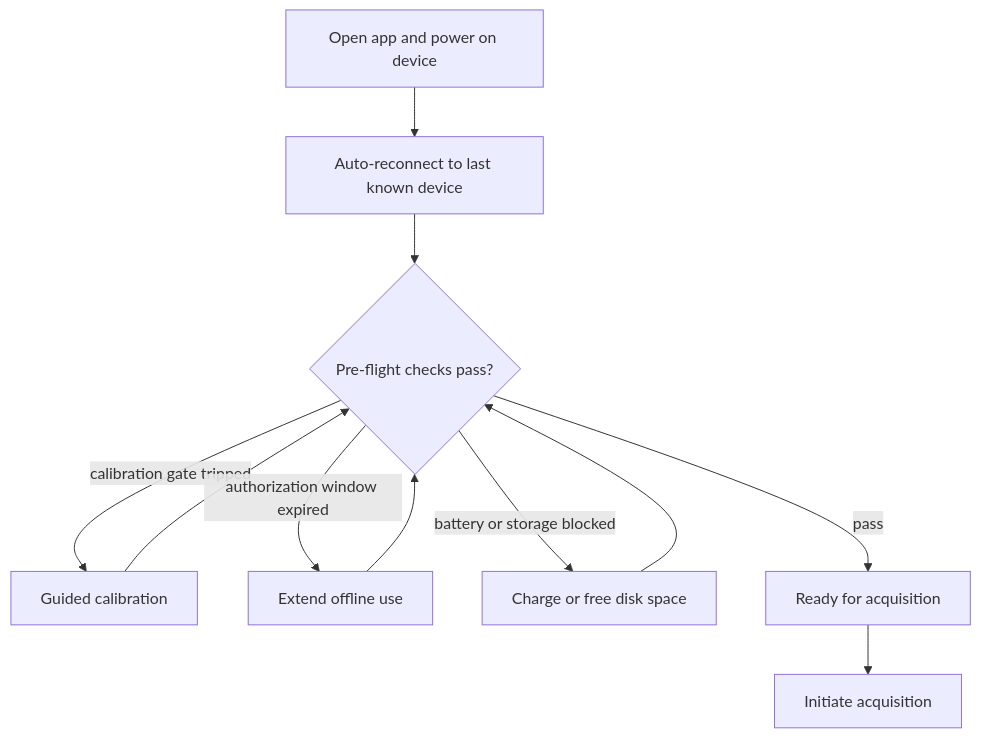
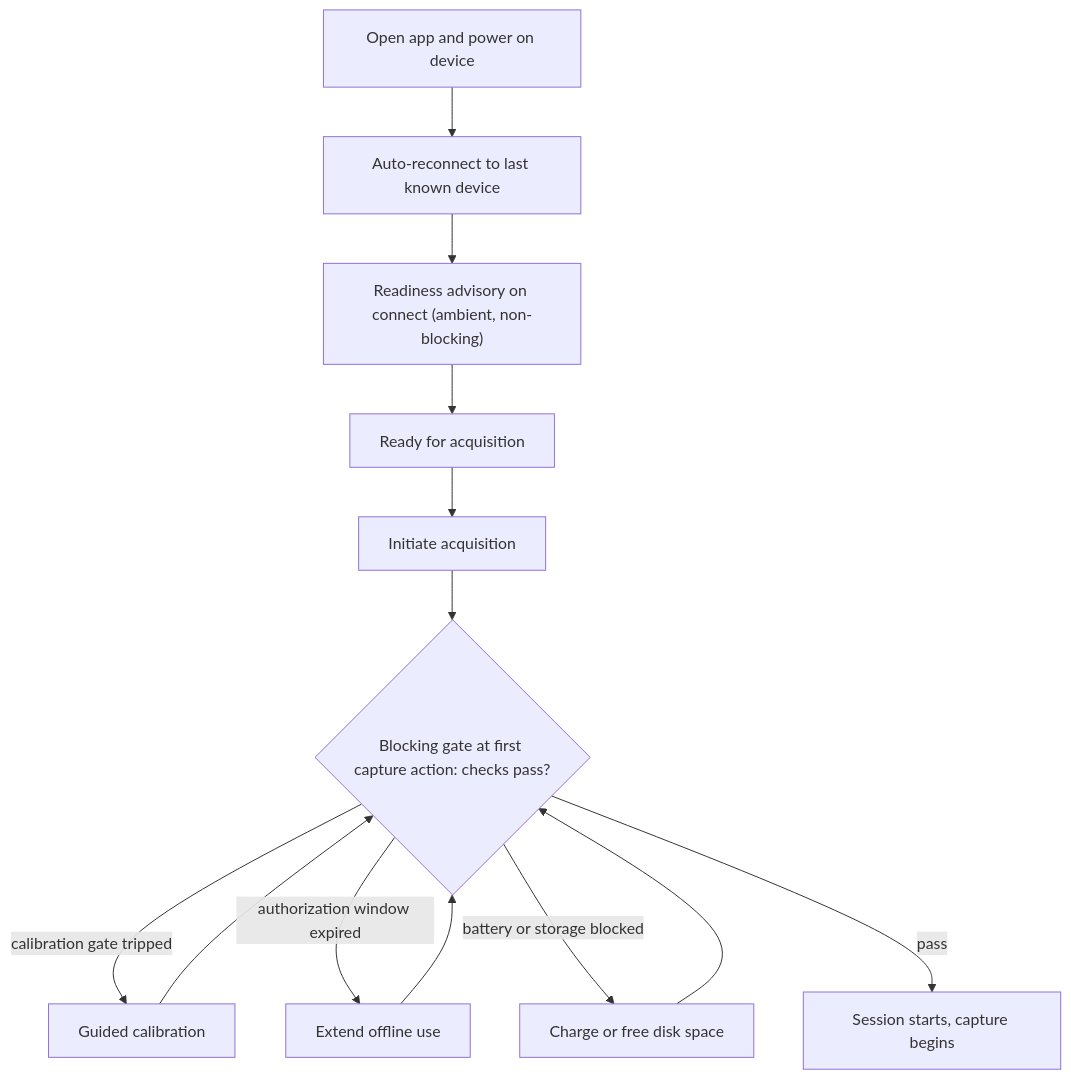
Before and after one commit to vinnyp/spectro-capture: the third of 5 diagrams in docs/product/prd-device-management.md, drawn with Mermaid. The commit also changed other lines of this file, not shown here.

````diff
--- a/docs/product/prd-device-management.md
+++ b/docs/product/prd-device-management.md
@@ -169,13 +171,15 @@
 ```mermaid
 flowchart TD
     A[Open app and power on device] --> B[Auto-reconnect to last known device]
-    B --> C{Pre-flight checks pass?}
-    C -- calibration gate tripped --> C1[Guided calibration]
-    C1 --> C
-    C -- authorization window expired --> C2["Extend offline use"]
-    C2 --> C
-    C -- battery or storage blocked --> C3[Charge or free disk space]
-    C3 --> C
-    C -- pass --> D[Ready for acquisition]
+    B --> C["Readiness advisory on connect (ambient, non-blocking)"]
+    C --> D[Ready for acquisition]
     D --> E[Initiate acquisition]
+    E --> F{Blocking gate at first capture action: checks pass?}
+    F -- calibration gate tripped --> F1[Guided calibration]
+    F1 --> F
+    F -- authorization window expired --> F2["Extend offline use"]
+    F2 --> F
+    F -- battery or storage blocked --> F3[Charge or free disk space]
+    F3 --> F
+    F -- pass --> G[Session starts, capture begins]
 ```
````
